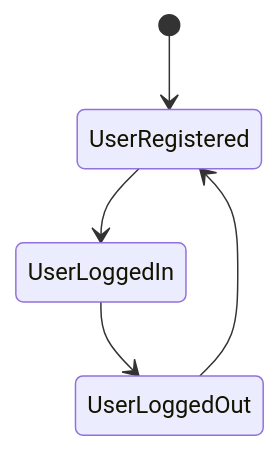
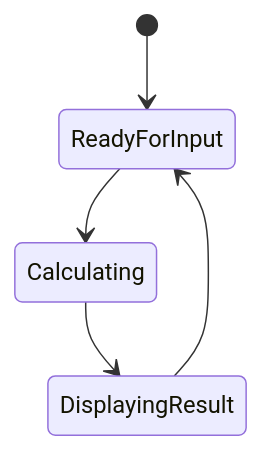
Before and after one commit to thoaihcmc/docs-pipeline-e2e-test: the diagram in docs/diagrams/state-machine.mmd, drawn with Mermaid. The commit also changed 6 other files, not shown here.

Commit message:
docs: auto-generate FDD, BDD, ADD and diagrams for 4ce49b000eb902ba9ecafbc721b8a65889576ca4

````diff
--- a/docs/diagrams/state-machine.mmd
+++ b/docs/diagrams/state-machine.mmd
@@ -1,7 +1,7 @@
 ```mermaid
   stateDiagram-v2  
-    [*] --> UserRegistered  
-    UserRegistered --> UserLoggedIn  
-    UserLoggedIn --> UserLoggedOut  
-    UserLoggedOut --> UserRegistered
+    [*] --> ReadyForInput  
+    ReadyForInput --> Calculating  
+    Calculating --> DisplayingResult  
+    DisplayingResult --> ReadyForInput  
 ```
````
